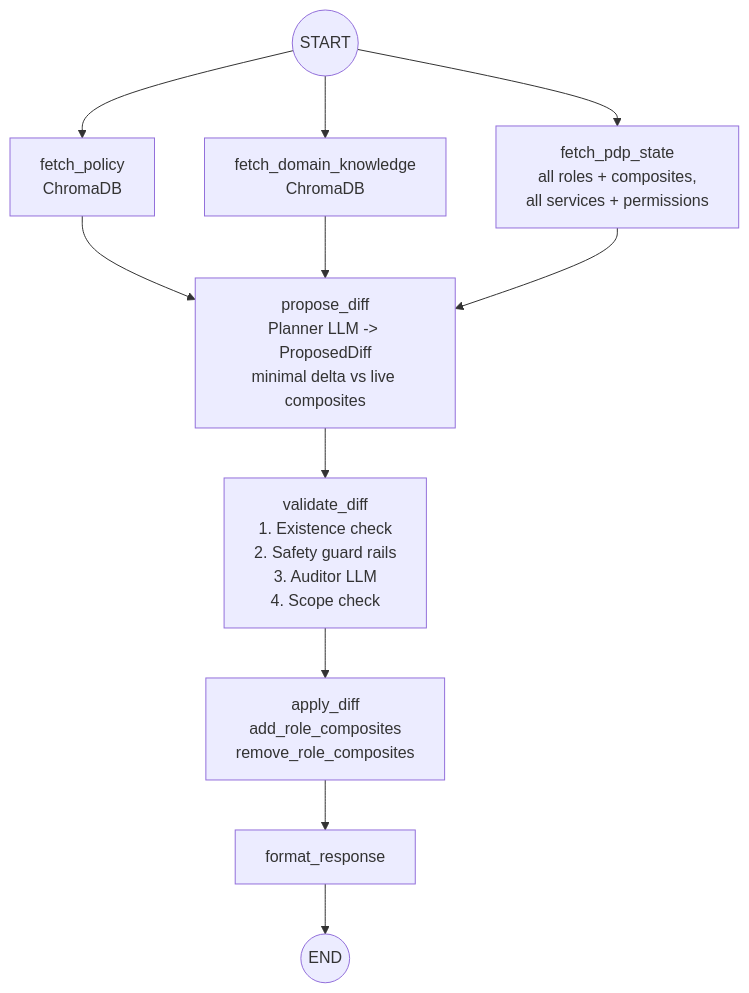
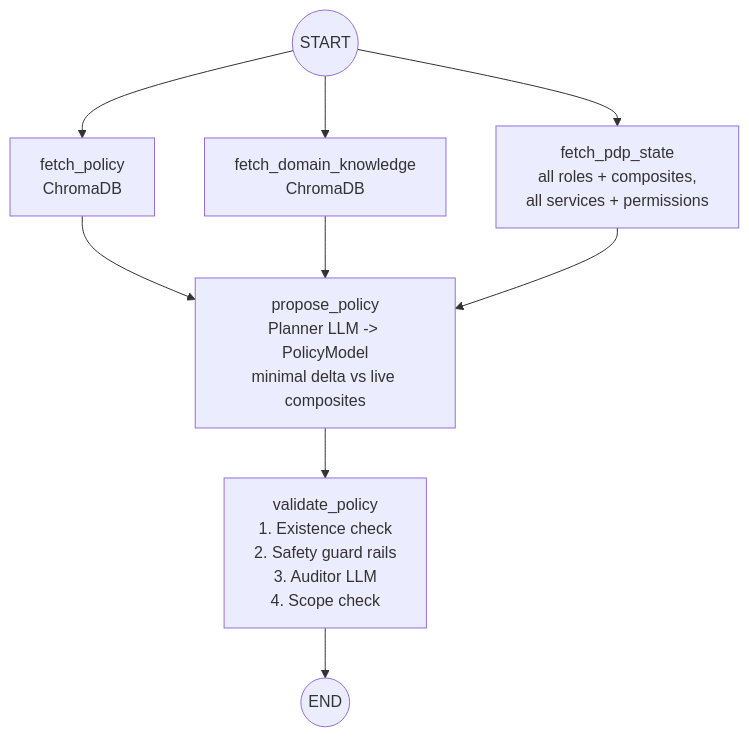
One commit to rossoctl/aiac changed the second of 3 diagrams in inception/requirements/components/aiac-agent/uc2-policy-update.md. Above: the diagram before and after it, drawn with Mermaid. The commit also changed other lines of this file and 3 other files, not shown here.

First line of the commit message:
docs: Refactor PolicyApplyGraph and PolicyModel as shared across all UC orchestrators

````diff
--- a/inception/requirements/components/aiac-agent/uc2-policy-update.md
+++ b/inception/requirements/components/aiac-agent/uc2-policy-update.md
@@ -77,16 +81,14 @@
 ```mermaid
 flowchart TD
     START(("START"))
 
     START --> FP["fetch_policy\nChromaDB"]
     START --> FDK["fetch_domain_knowledge\nChromaDB"]
     START --> FKC["fetch_pdp_state\nall roles + composites,\nall services + permissions"]
 
-    FP & FDK & FKC --> PROPOSE["propose_diff\nPlanner LLM -> ProposedDiff\nminimal delta vs live composites"]
+    FP & FDK & FKC --> PROPOSE["propose_policy\nPlanner LLM -> PolicyModel\nminimal delta vs live composites"]
 
-    PROPOSE --> VALIDATE["validate_diff\n1. Existence check\n2. Safety guard rails\n3. Auditor LLM\n4. Scope check"]
+    PROPOSE --> VALIDATE["validate_policy\n1. Existence check\n2. Safety guard rails\n3. Auditor LLM\n4. Scope check"]
 
-    VALIDATE --> APPLY["apply_diff\nadd_role_composites\nremove_role_composites"]
-    APPLY --> FORMAT["format_response"]
-    FORMAT --> END(("END"))
+    VALIDATE --> END(("END"))
 ```
````
